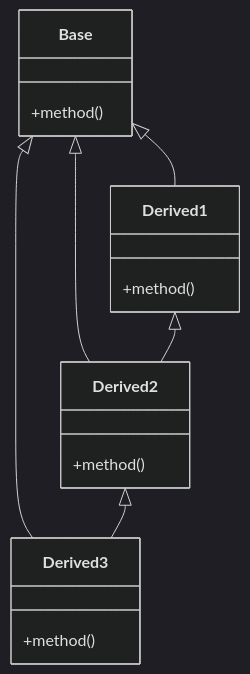
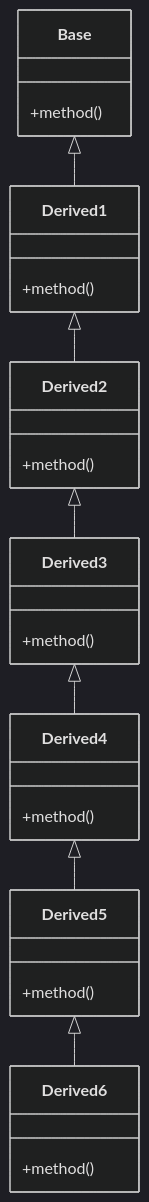
The diagram in benchmarks/cases/class/violations/deep-inheritance.mmd (CyanAutomation/merm8), drawn with Mermaid (dark theme) before and after one commit. The commit also changed 23 other files, not shown here.

```diff
--- a/benchmarks/cases/class/violations/deep-inheritance.mmd
+++ b/benchmarks/cases/class/violations/deep-inheritance.mmd
@@ -1,25 +1,38 @@
 classDiagram
     class Base {
         +method()
     }
     
     class Derived1 {
         +method()
     }
     
     class Derived2 {
         +method()
     }
     
     class Derived3 {
         +method()
     }
     
+    class Derived4 {
+        +method()
+    }
+    
+    class Derived5 {
+        +method()
+    }
+    
+    class Derived6 {
+        +method()
+    }
+    
     Base <|-- Derived1
-    Base <|-- Derived2
-    Base <|-- Derived3
     Derived1 <|-- Derived2
     Derived2 <|-- Derived3
+    Derived3 <|-- Derived4
+    Derived4 <|-- Derived5
+    Derived5 <|-- Derived6
     
-    %% @rule: *
-    %% Complex inheritance with potential deep hierarchies
+    %% @rule: max-inheritance-depth
+    %% Deep inheritance chain: Base -> Derived1 -> ... -> Derived6 (depth 6, exceeds default limit of 5)
```
